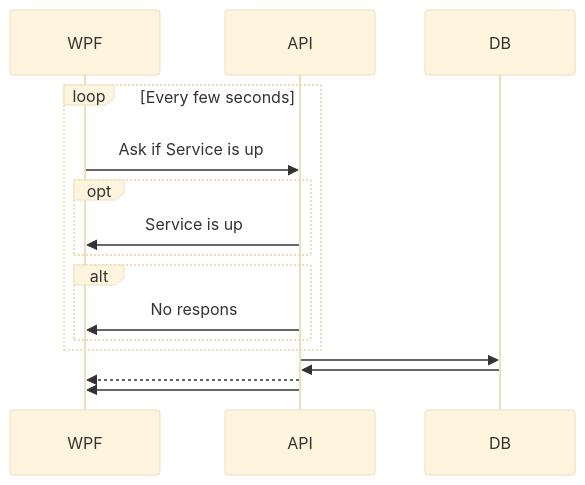
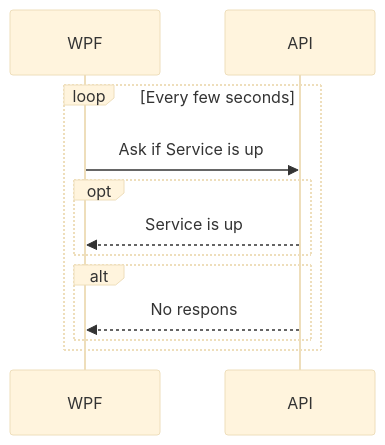
One commit to ThisIsCed/CSGO-TEAM-API changed the third of 4 diagrams in README.md. Above: the diagram before and after it, drawn with Mermaid (base theme).

Commit message:
minor changes

````diff
--- a/README.md
+++ b/README.md
@@ -121,16 +121,12 @@
 ```mermaid
 sequenceDiagram
 loop Every few seconds
 WPF->> API: Ask if Service is up
 opt
-API ->> WPF: Service is up
+API -->> WPF: Service is up
 end
 alt
-API ->> WPF: No respons
+API -->> WPF: No respons
 end
 end
-API->> DB: 
-DB ->> API: 
-API -->> WPF: 
-API ->> WPF: 
 ```
````
